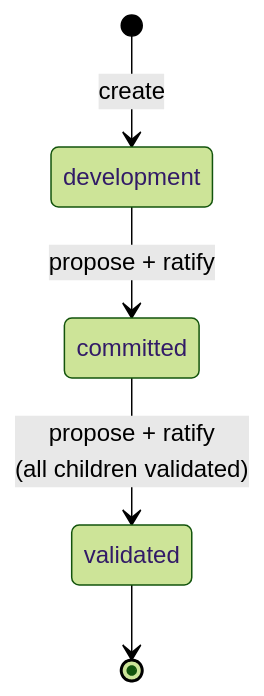
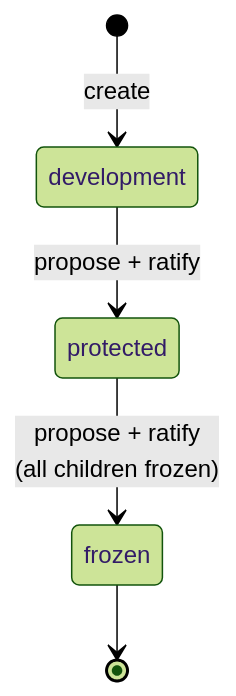
Before and after one commit to e8kor/open-memory-lab: the third of 3 diagrams in docs/architecture/workspaces.md, drawn with Mermaid (forest theme). The commit also changed other lines of this file and 178 other files, not shown here.

First line of the commit message:
docs: the docs and the design say workspace, reviewer, protected, frozen and used_by (ADR-0091 d1, d13, d14, d15)

````diff
--- a/docs/architecture/workspaces.md
+++ b/docs/architecture/workspaces.md
@@ -122,7 +122,7 @@
 ```mermaid
 stateDiagram-v2
     [*] --> development : create
-    development --> committed : propose + ratify
-    committed --> validated : propose + ratify<br/>(all children validated)
-    validated --> [*]
+    development --> protected : propose + ratify
+    protected --> frozen : propose + ratify<br/>(all children frozen)
+    frozen --> [*]
 ```
````
